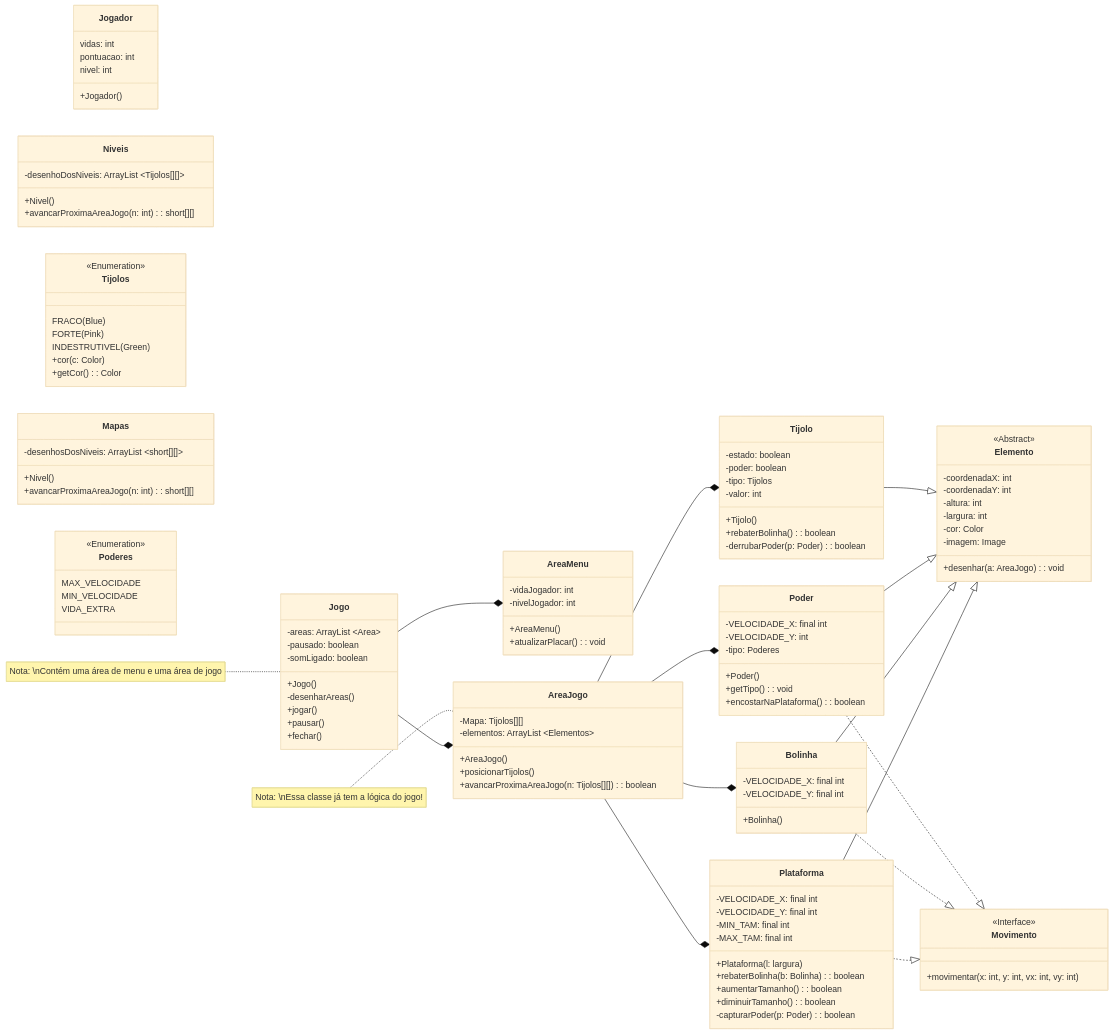
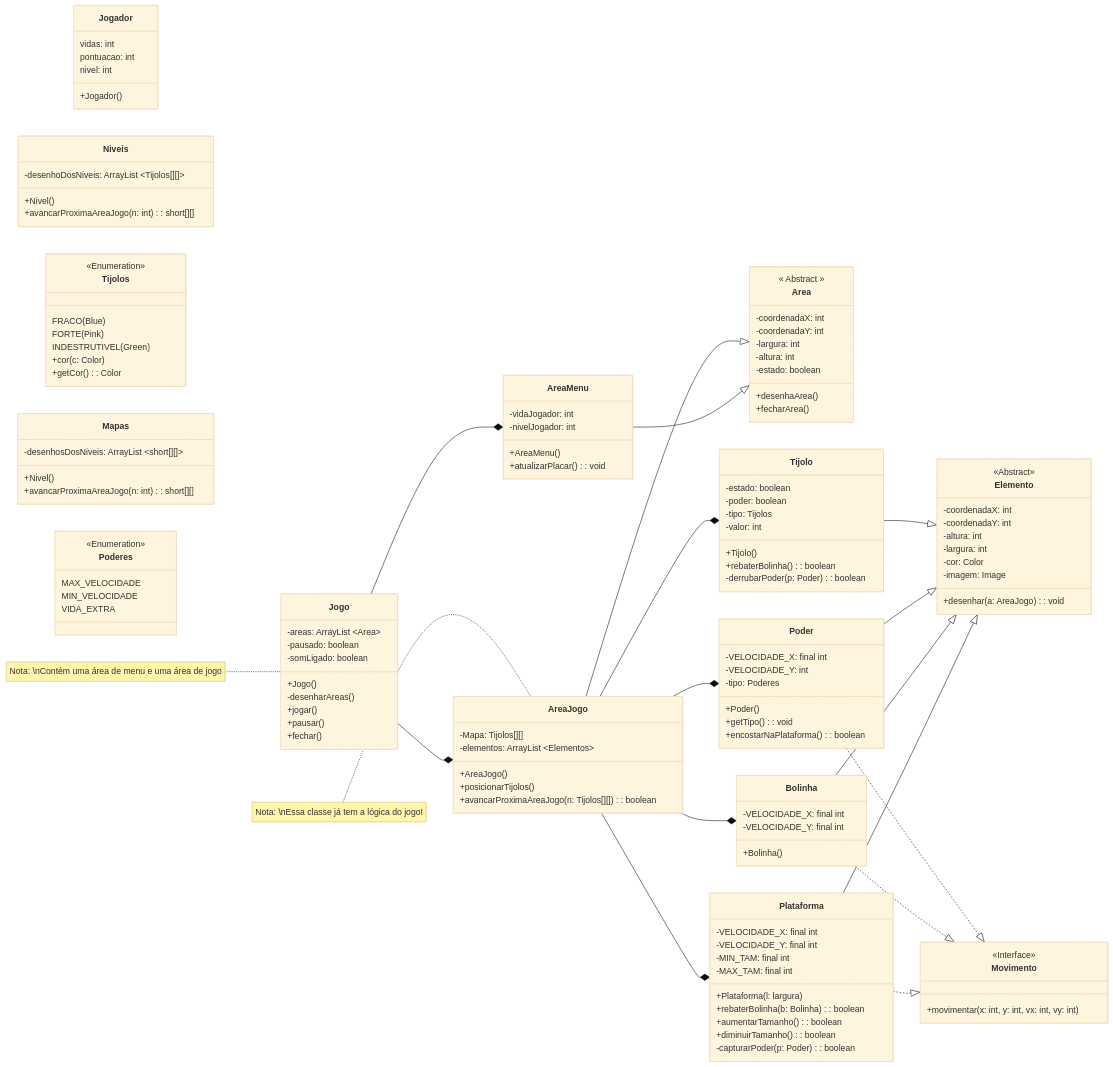
One commit to luizakuze/POO changed the diagram in proj-02/diagrama3.md. Above: the diagram before and after it, drawn with Mermaid (base theme).

````diff
--- a/proj-02/diagrama3.md
+++ b/proj-02/diagrama3.md
@@ -21,6 +21,17 @@
         +pausar()
         +fechar()
 
+    }
+
+    class Area {
+        << Abstract >>
+        -coordenadaX: int
+        -coordenadaY: int
+        -largura: int
+        -altura: int
+        -estado: boolean
+        +desenhaArea()
+        +fecharArea()
     }
 
     class AreaMenu {
@@ -138,4 +149,8 @@
 
     Jogo --* AreaJogo
     Jogo --* AreaMenu
+
+    AreaJogo --|> Area 
+    AreaMenu --|> Area 
+    
 ```
````
